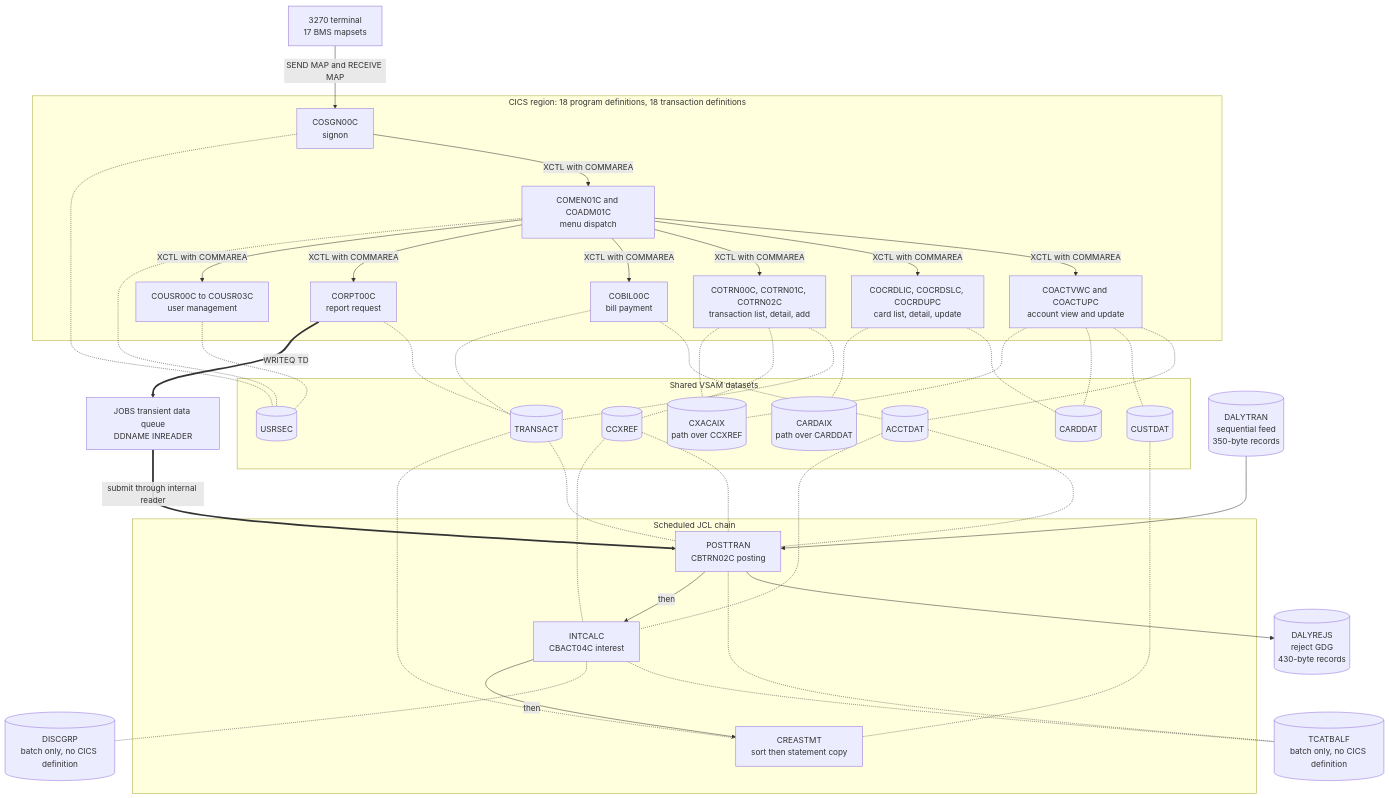
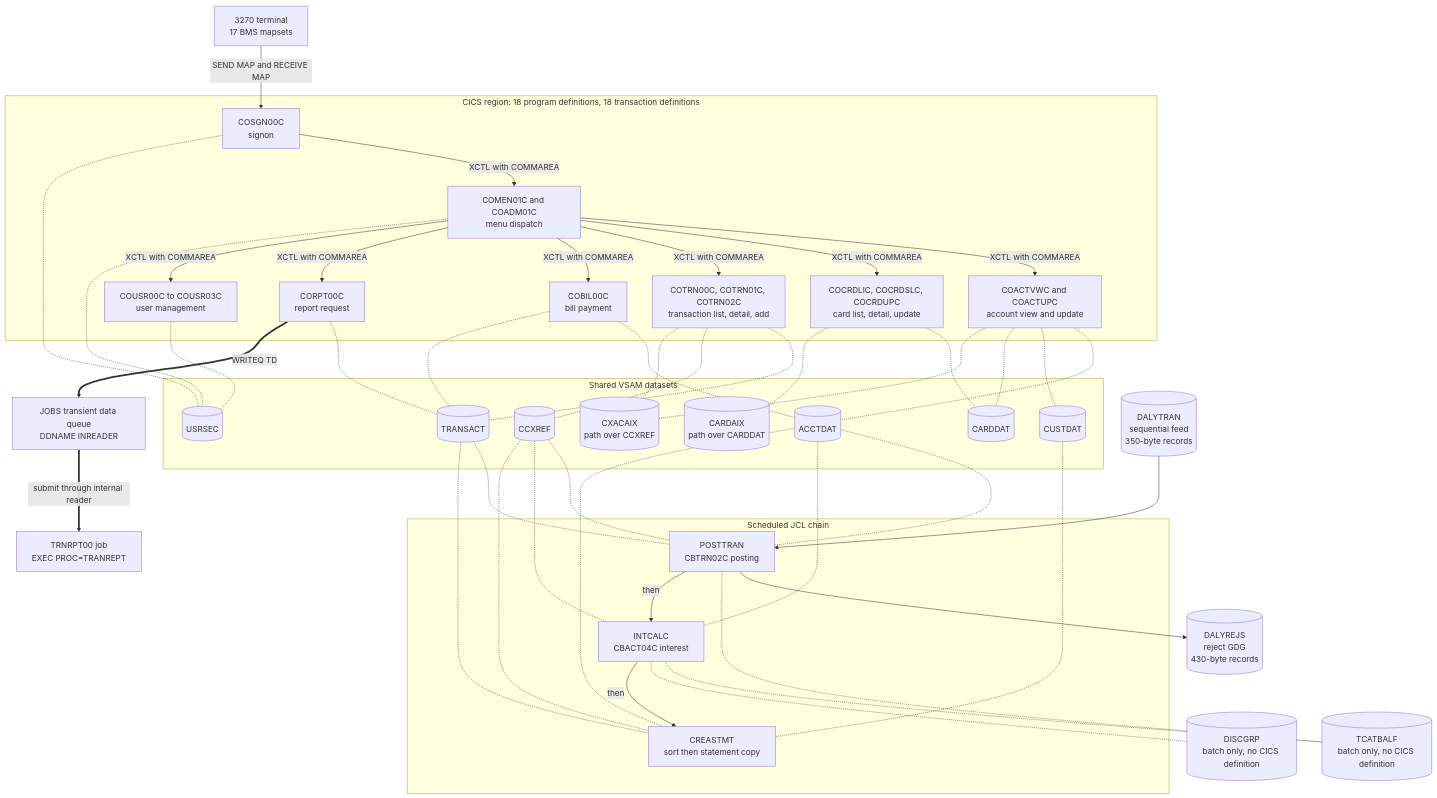
One commit to blitzy-public-samples/aws-carddemo-blitzy changed the first of 2 diagrams in card-platform/docs/architecture-before-after.md. Above: the diagram before and after it, drawn with Mermaid. The commit also changed other lines of this file and 540 other files, not shown here.

```diff
--- a/card-platform/docs/architecture-before-after.md
+++ b/card-platform/docs/architecture-before-after.md
@@ -24,6 +24,7 @@
     end
 
     JOBS["JOBS transient data queue<br/>DDNAME INREADER"]
+    TRNRPT["TRNRPT00 job<br/>EXEC PROC=TRANREPT"]
 
     subgraph SHARED["Shared VSAM datasets"]
         ACCT[("ACCTDAT")]
@@ -73,7 +74,7 @@
     REPORT -.- TRANS
 
     REPORT ==>|"WRITEQ TD"| JOBS
-    JOBS ==>|"submit through internal reader"| POST
+    JOBS ==>|"submit through internal reader"| TRNRPT
 
     ACCT -.- POST
     XREF -.- POST
@@ -82,6 +83,8 @@
     XREF -.- INTEREST
     TRANS -.- STMT
     CUST -.- STMT
+    XREF -.- STMT
+    ACCT -.- STMT
 
     DAILY --> POST
     POST --> REJECTS
```
